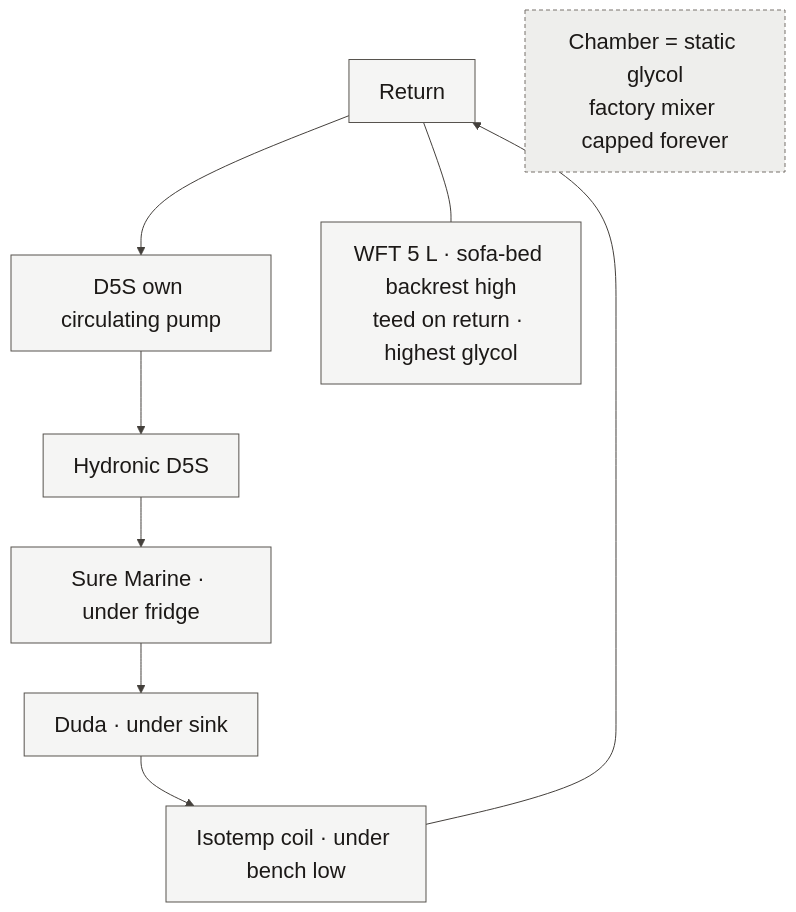
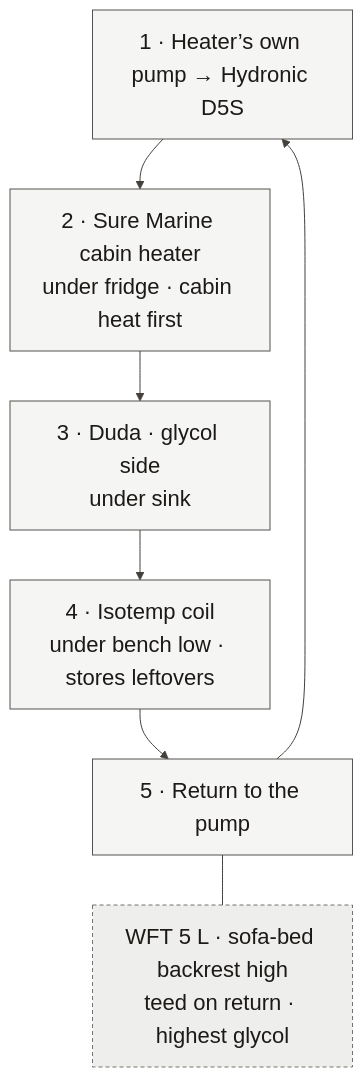
One commit to benracine/sprinter-heat changed the diagram in book/diagrams/glycol-loop.mmd. Above: the diagram before and after it, drawn with Mermaid. The commit also changed 6 other files, not shown here.

```diff
--- a/book/diagrams/glycol-loop.mmd
+++ b/book/diagrams/glycol-loop.mmd
@@ -1,16 +1,14 @@
 %%{init: {'theme':'base','themeVariables': {'background':'#fafaf9','primaryColor':'#f5f5f4','primaryTextColor':'#1c1917','primaryBorderColor':'#57534e','lineColor':'#44403c','secondaryColor':'#e7e5e4','tertiaryColor':'#eeeeec','fontFamily':'Avenir Next, Avenir, Helvetica Neue, sans-serif','fontSize':'22px','textColor':'#1c1917','mainBkg':'#f5f5f4','clusterBkg':'#eeeeec','clusterBorder':'#78716c','edgeLabelBackground':'#fafaf9'}}}%%
 flowchart TD
-  R[Return] --> HP["D5S own circulating pump"]
-  HP --> H[Hydronic D5S]
-  H --> F["Sure Marine · under fridge"]
-  F --> D["Duda · under sink"]
-  D --> I["Isotemp coil · under bench low"]
-  I --> R
+  S1["1 · Heater’s own pump → Hydronic D5S"] --> S2["2 · Sure Marine cabin heater<br/>under fridge · cabin heat first"]
+  S2 --> S3["3 · Duda · glycol side<br/>under sink"]
+  S3 --> S4["4 · Isotemp coil<br/>under bench low · stores leftovers"]
+  S4 --> S5["5 · Return to the pump"]
+  S5 --> S1
   WFT["WFT 5 L · sofa-bed backrest high<br/>teed on return · highest glycol"]
-  R --- WFT
-  NOTE["Chamber = static glycol<br/>factory mixer capped forever"]
+  S5 --- WFT
 
   classDef normal fill:#f5f5f4,stroke:#57534e,stroke-width:1px,color:#1c1917;
   classDef note fill:#eeeeec,stroke:#78716c,stroke-width:1px,stroke-dasharray:4 3,color:#1c1917;
-  class R,HP,H,F,D,I,WFT normal;
-  class NOTE note;
+  class S1,S2,S3,S4,S5 normal;
+  class WFT note;
```
